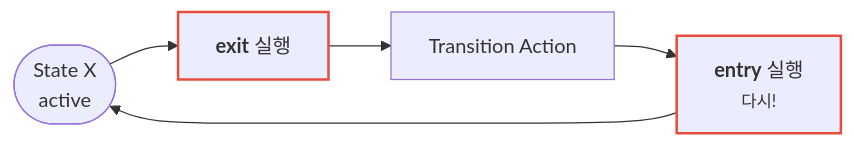
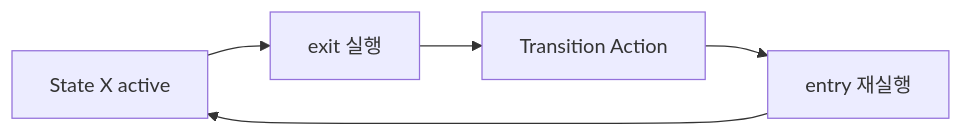
One commit to genie4youu/genie4youu.github.io changed the second of 2 diagrams in _posts/2026-07-14-stateflow-during-and-chart-lifecycle.md. Above: the diagram before and after it, drawn with Mermaid. The commit also changed other lines of this file and 13 other files, not shown here.

First line of the commit message:
﻿전면 손질: 제목 변경, AI 티 나는 표현 제거, 다이어그램 재작성

````diff
--- a/_posts/2026-07-14-stateflow-during-and-chart-lifecycle.md
+++ b/_posts/2026-07-14-stateflow-during-and-chart-lifecycle.md
@@ -144,10 +87,7 @@
 ```mermaid
 flowchart LR
-    A(["State X<br/>active"]) --> E["<b>exit</b> 실행"]
-    E --> T["Transition Action"]
-    T --> N["<b>entry</b> 실행<br/><small>다시!</small>"]
+    A[State X active] --> E[exit 실행]
+    E --> T[Transition Action]
+    T --> N[entry 재실행]
     N --> A
-
-    style E stroke:#e74c3c,stroke-width:2px
-    style N stroke:#e74c3c,stroke-width:2px
 ```
````
